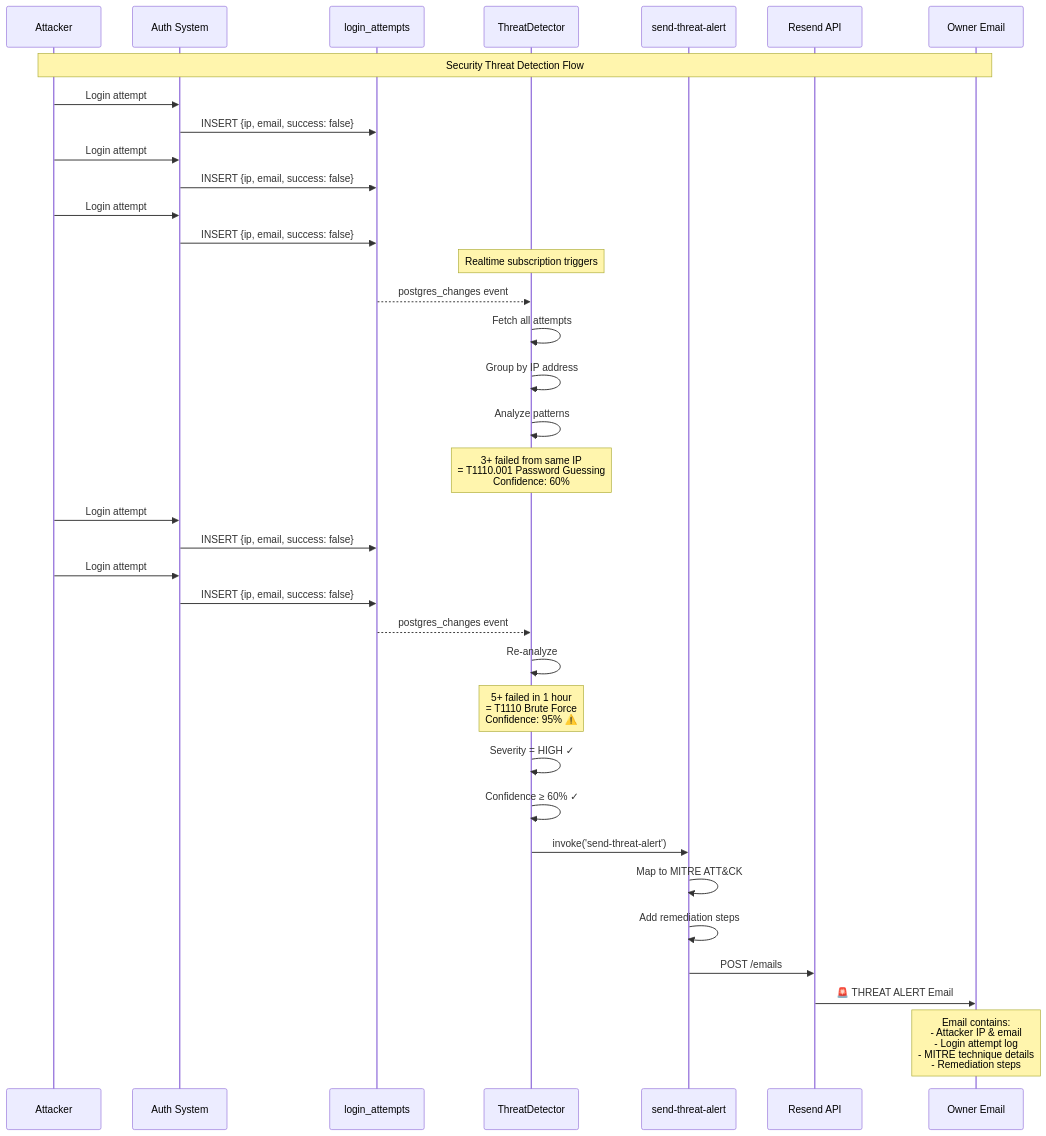
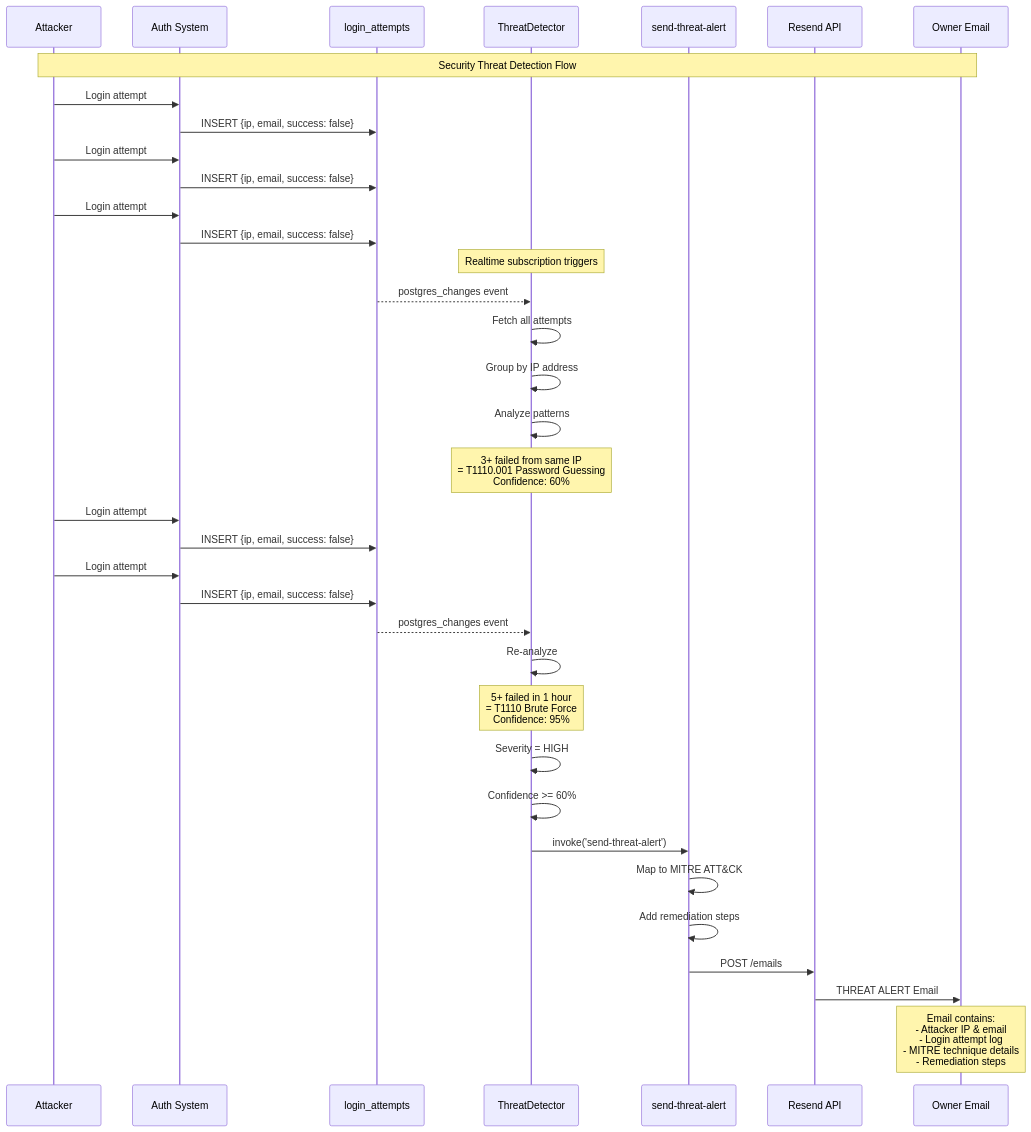
The third of 4 diagrams in README.md (ritvikindupuri/ritvik-portfolio), drawn with Mermaid before and after one commit. The commit also changed other lines of this file, not shown here.

````diff
--- a/README.md
+++ b/README.md
@@ -132,51 +233,51 @@
 ```mermaid
 sequenceDiagram
     participant A as Attacker
     participant AUTH as Auth System
     participant DB as login_attempts
     participant TD as ThreatDetector
     participant EF as send-threat-alert
     participant RS as Resend API
     participant O as Owner Email
 
     Note over A,O: Security Threat Detection Flow
     
     A->>AUTH: Login attempt #1 (fail)
     AUTH->>DB: INSERT {ip, email, success: false}
     
     A->>AUTH: Login attempt #2 (fail)
     AUTH->>DB: INSERT {ip, email, success: false}
     
     A->>AUTH: Login attempt #3 (fail)
     AUTH->>DB: INSERT {ip, email, success: false}
     
     Note over TD: Realtime subscription triggers
     
     DB-->>TD: postgres_changes event
     TD->>TD: Fetch all attempts
     TD->>TD: Group by IP address
     
     TD->>TD: Analyze patterns
     Note over TD: 3+ failed from same IP<br/>= T1110.001 Password Guessing<br/>Confidence: 60%
     
     A->>AUTH: Login attempt #4 (fail)
     AUTH->>DB: INSERT {ip, email, success: false}
     
     A->>AUTH: Login attempt #5 (fail)
     AUTH->>DB: INSERT {ip, email, success: false}
     
     DB-->>TD: postgres_changes event
     TD->>TD: Re-analyze
-    Note over TD: 5+ failed in 1 hour<br/>= T1110 Brute Force<br/>Confidence: 95% ⚠️
+    Note over TD: 5+ failed in 1 hour<br/>= T1110 Brute Force<br/>Confidence: 95%
     
-    TD->>TD: Severity = HIGH ✓
-    TD->>TD: Confidence ≥ 60% ✓
+    TD->>TD: Severity = HIGH
+    TD->>TD: Confidence >= 60%
     
     TD->>EF: invoke('send-threat-alert')
     EF->>EF: Map to MITRE ATT&CK
     EF->>EF: Add remediation steps
     EF->>RS: POST /emails
-    RS->>O: 🚨 THREAT ALERT Email
+    RS->>O: THREAT ALERT Email
     
     Note over O: Email contains:<br/>- Attacker IP & email<br/>- Login attempt log<br/>- MITRE technique details<br/>- Remediation steps
 ```
````
